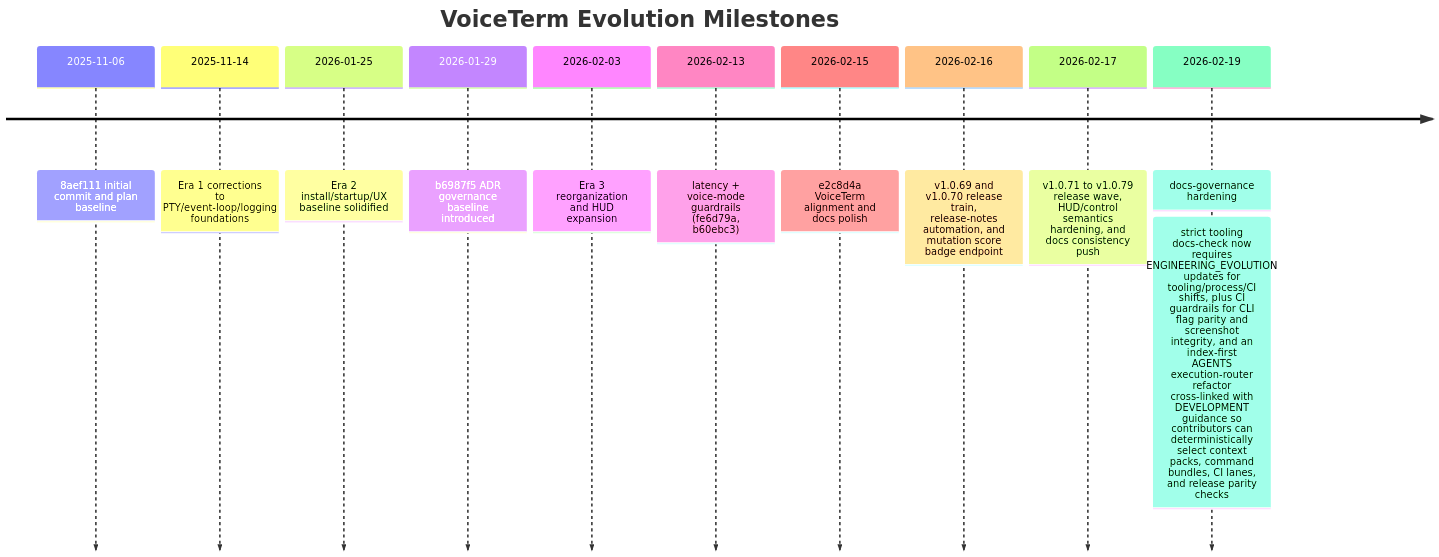
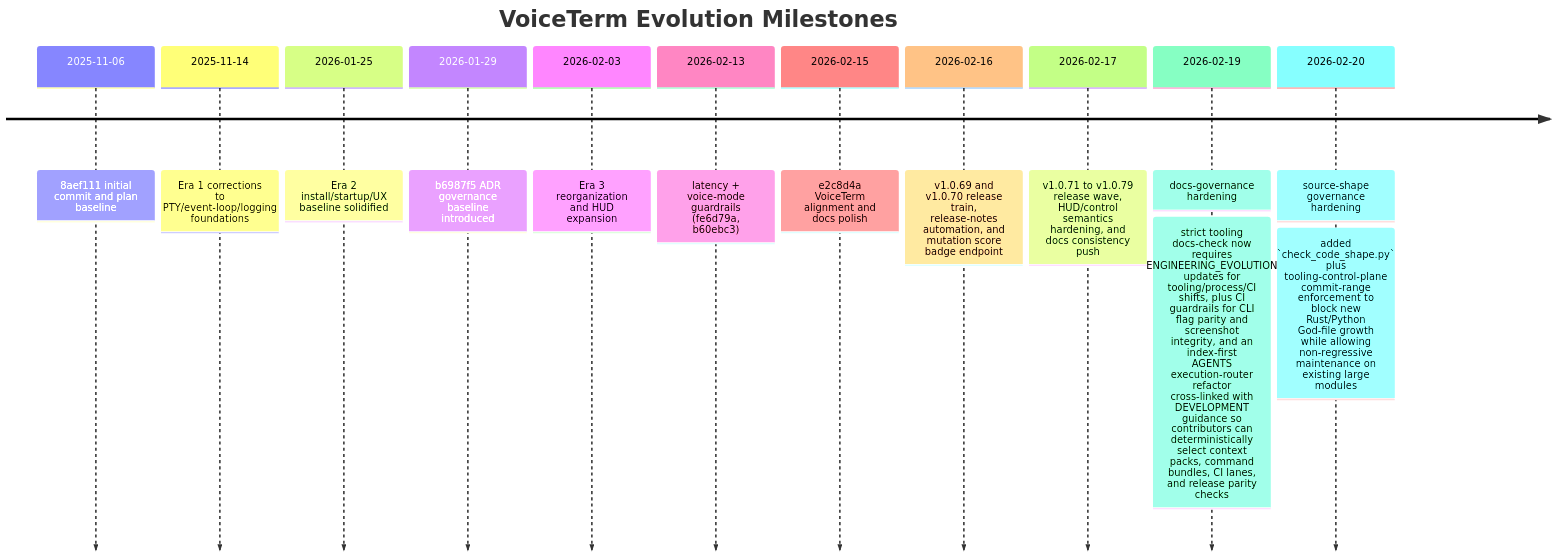
Before and after one commit to jguida941/voiceterm: the third of 5 diagrams in dev/history/ENGINEERING_EVOLUTION.md, drawn with Mermaid. The commit also changed 7 other files, not shown here.

Commit message:
tooling: add code-shape drift guardrail

````diff
--- a/dev/history/ENGINEERING_EVOLUTION.md
+++ b/dev/history/ENGINEERING_EVOLUTION.md
@@ -347,14 +347,15 @@
 ```mermaid
 timeline
   title VoiceTerm Evolution Milestones
   2025-11-06 : 8aef111 initial commit and plan baseline
   2025-11-14 : Era 1 corrections to PTY/event-loop/logging foundations
   2026-01-25 : Era 2 install/startup/UX baseline solidified
   2026-01-29 : b6987f5 ADR governance baseline introduced
   2026-02-03 : Era 3 reorganization and HUD expansion
   2026-02-13 : latency + voice-mode guardrails (fe6d79a, b60ebc3)
   2026-02-15 : e2c8d4a VoiceTerm alignment and docs polish
   2026-02-16 : v1.0.69 and v1.0.70 release train, release-notes automation, and mutation score badge endpoint
   2026-02-17 : v1.0.71 to v1.0.79 release wave, HUD/control semantics hardening, and docs consistency push
   2026-02-19 : docs-governance hardening: strict tooling docs-check now requires ENGINEERING_EVOLUTION updates for tooling/process/CI shifts, plus CI guardrails for CLI flag parity and screenshot integrity, and an index-first AGENTS execution-router refactor cross-linked with DEVELOPMENT guidance so contributors can deterministically select context packs, command bundles, CI lanes, and release parity checks
+  2026-02-20 : source-shape governance hardening: added `check_code_shape.py` plus tooling-control-plane commit-range enforcement to block new Rust/Python God-file growth while allowing non-regressive maintenance on existing large modules
 ```
````
